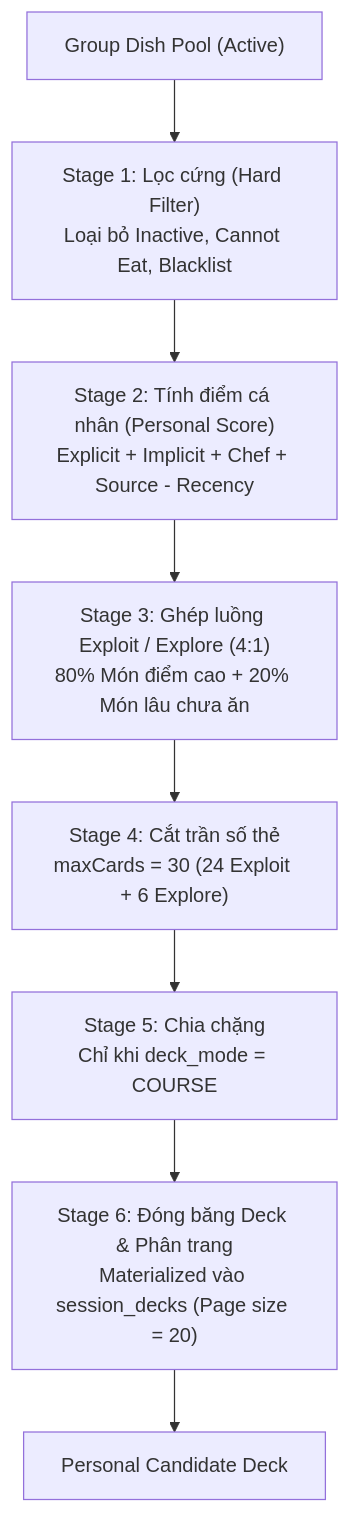
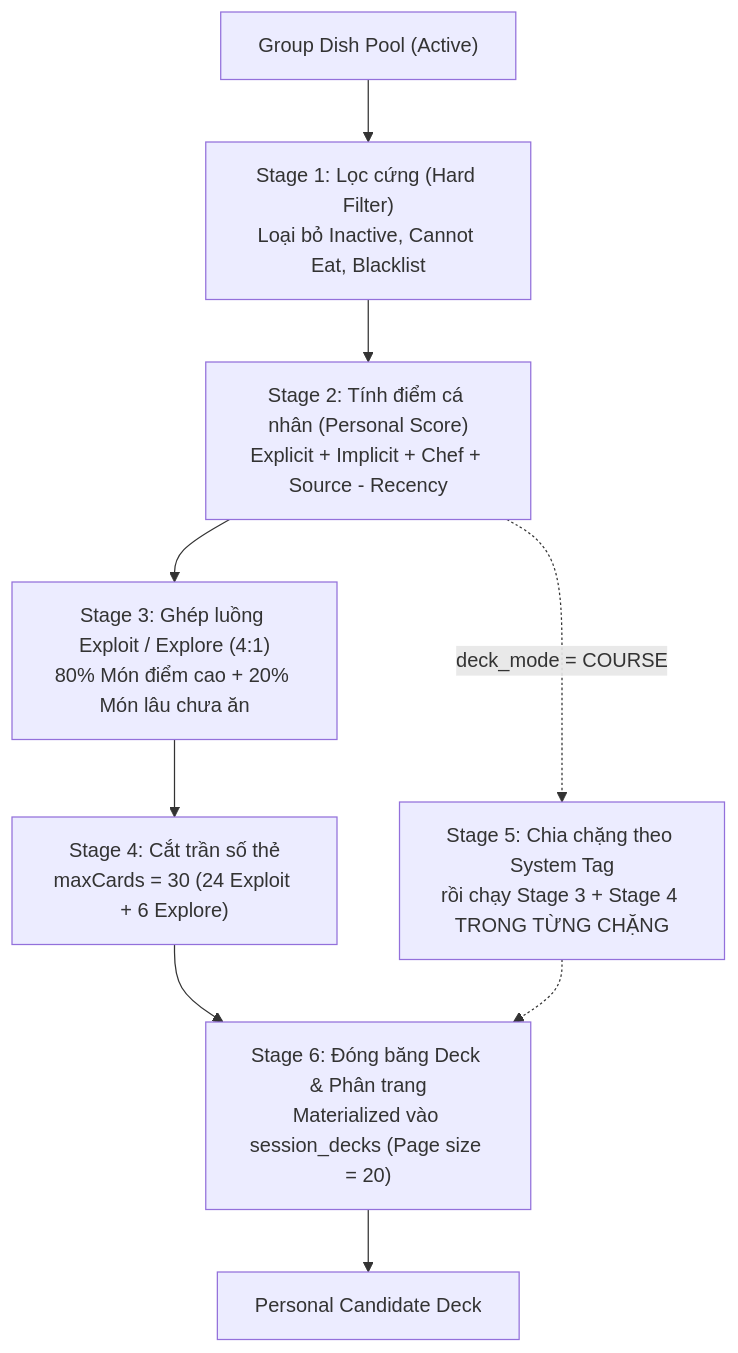
One commit to trinhquocthinh/What-we-gonna-eat-today changed the diagram in docs/what-we-gonna-eat-today_ranking-specification_v1.3.md. Above: the diagram before and after it, drawn with Mermaid. The commit also changed other lines of this file and 15 other files, not shown here.

````diff
--- a/docs/what-we-gonna-eat-today_ranking-specification_v1.3.md
+++ b/docs/what-we-gonna-eat-today_ranking-specification_v1.3.md
@@ -50,10 +50,11 @@
 ```mermaid
 flowchart TD
     Pool["Group Dish Pool (Active)"] --> Stage1["Stage 1: Lọc cứng (Hard Filter)<br/>Loại bỏ Inactive, Cannot Eat, Blacklist"]
     Stage1 --> Stage2["Stage 2: Tính điểm cá nhân (Personal Score)<br/>Explicit + Implicit + Chef + Source - Recency"]
     Stage2 --> Stage3["Stage 3: Ghép luồng Exploit / Explore (4:1)<br/>80% Món điểm cao + 20% Món lâu chưa ăn"]
     Stage3 --> Stage4["Stage 4: Cắt trần số thẻ<br/>maxCards = 30 (24 Exploit + 6 Explore)"]
-    Stage4 --> Stage5["Stage 5: Chia chặng<br/>Chỉ khi deck_mode = COURSE"]
-    Stage5 --> Stage6["Stage 6: Đóng băng Deck & Phân trang<br/>Materialized vào session_decks (Page size = 20)"]
+    Stage4 --> Stage6["Stage 6: Đóng băng Deck & Phân trang<br/>Materialized vào session_decks (Page size = 20)"]
+    Stage2 -.->|"deck_mode = COURSE"| Stage5["Stage 5: Chia chặng theo System Tag<br/>rồi chạy Stage 3 + Stage 4 TRONG TỪNG CHẶNG"]
+    Stage5 -.-> Stage6
     Stage6 --> Deck["Personal Candidate Deck"]
 ```
````
